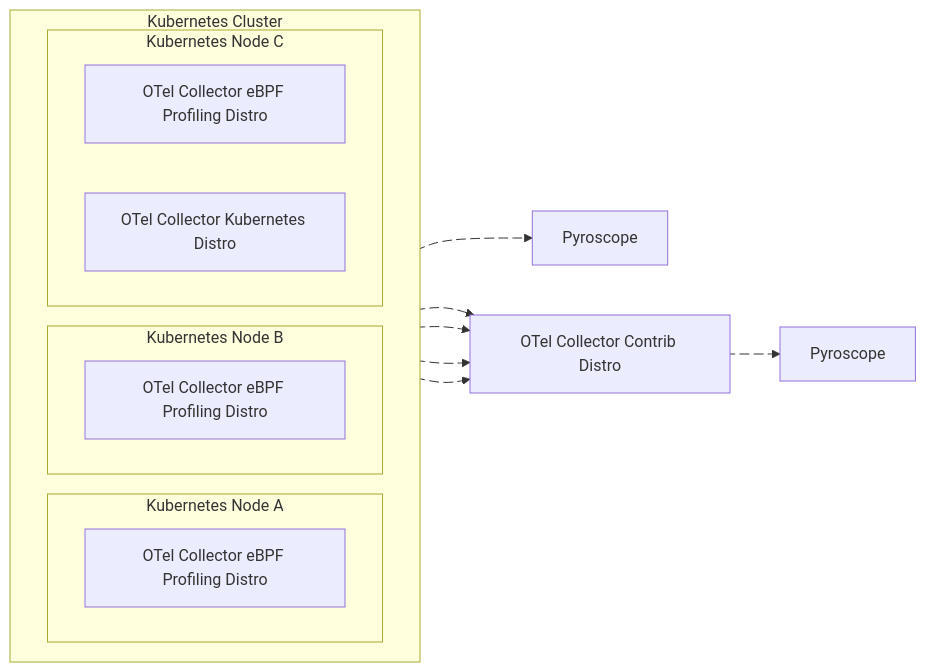
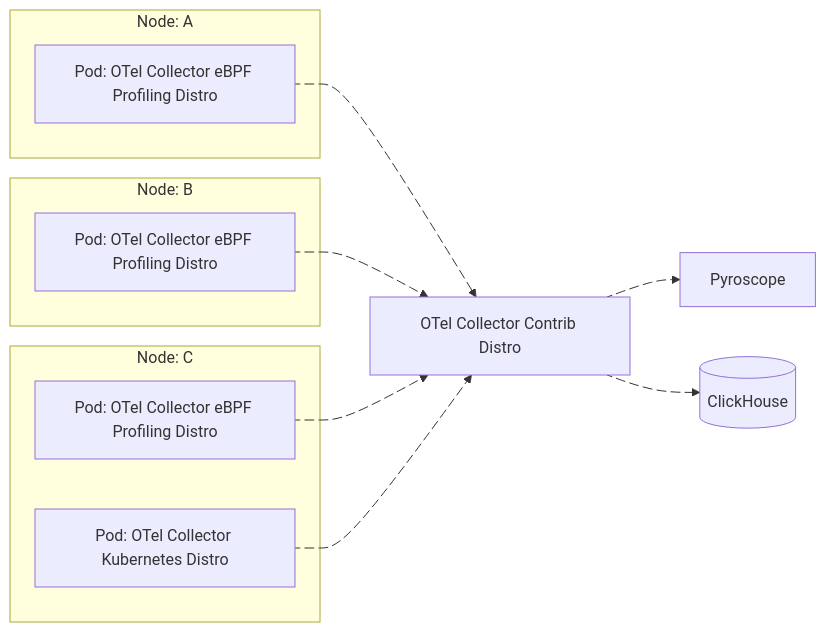
Before and after one commit to danielpacak/opentelemetry-collector-ebpf-profiler: the first of 2 diagrams in README.md, drawn with Mermaid.

Commit message:
Update kubernetes deployment example

````diff
--- a/README.md
+++ b/README.md
@@ -52,32 +52,29 @@
 ``` mermaid
 flowchart LR
-  subgraph cluster["Kubernetes Cluster"]
-  direction LR
-  subgraph nodeA["Kubernetes Node A"]
-    collector-ebpf-profiler-a["OTel Collector eBPF Profiling Distro"]
+  subgraph nodeA["Node: A"]
+    collector-ebpf-profiler-a["Pod: OTel Collector eBPF Profiling Distro"]
   end
-  subgraph nodeB["Kubernetes Node B"]
-    collector-ebpf-profiler-b["OTel Collector eBPF Profiling Distro"]
+  subgraph nodeB["Node: B"]
+    collector-ebpf-profiler-b["Pod: OTel Collector eBPF Profiling Distro"]
   end
-  subgraph nodeC["Kubernetes Node C"]
-    collector-ebpf-profiler-c["OTel Collector eBPF Profiling Distro"]
-    collector-kubernetes["OTel Collector Kubernetes Distro"]
+  subgraph nodeC["Node: C"]
+    collector-ebpf-profiler-c["Pod: OTel Collector eBPF Profiling Distro"]
+    collector-kubernetes["Pod: OTel Collector Kubernetes Distro"]
   end
-  end
-  pyroscope-development["Pyroscope"]
-  pyroscope-backend["Pyroscope"]
+  pyroscope["Pyroscope"]
+  clickhouse@{ shape: cyl, label: "ClickHouse" }
   otel-collector["OTel Collector Contrib Distro"]
-  collector-ebpf-profiler-a e1@--> pyroscope-development
   collector-ebpf-profiler-a e2@--> otel-collector
   collector-ebpf-profiler-b e3@--> otel-collector
   collector-ebpf-profiler-c e4@--> otel-collector
-  otel-collector e5@--> pyroscope-backend
+  otel-collector e5@--> pyroscope
+  otel-collector e1@--> clickhouse
   collector-kubernetes e6@--> otel-collector
 
   e1@{ animate: true }
   e2@{ animate: true }
   e3@{ animate: true }
   e4@{ animate: true }
   e5@{ animate: true }
   e6@{ animate: true }
 ```
````
